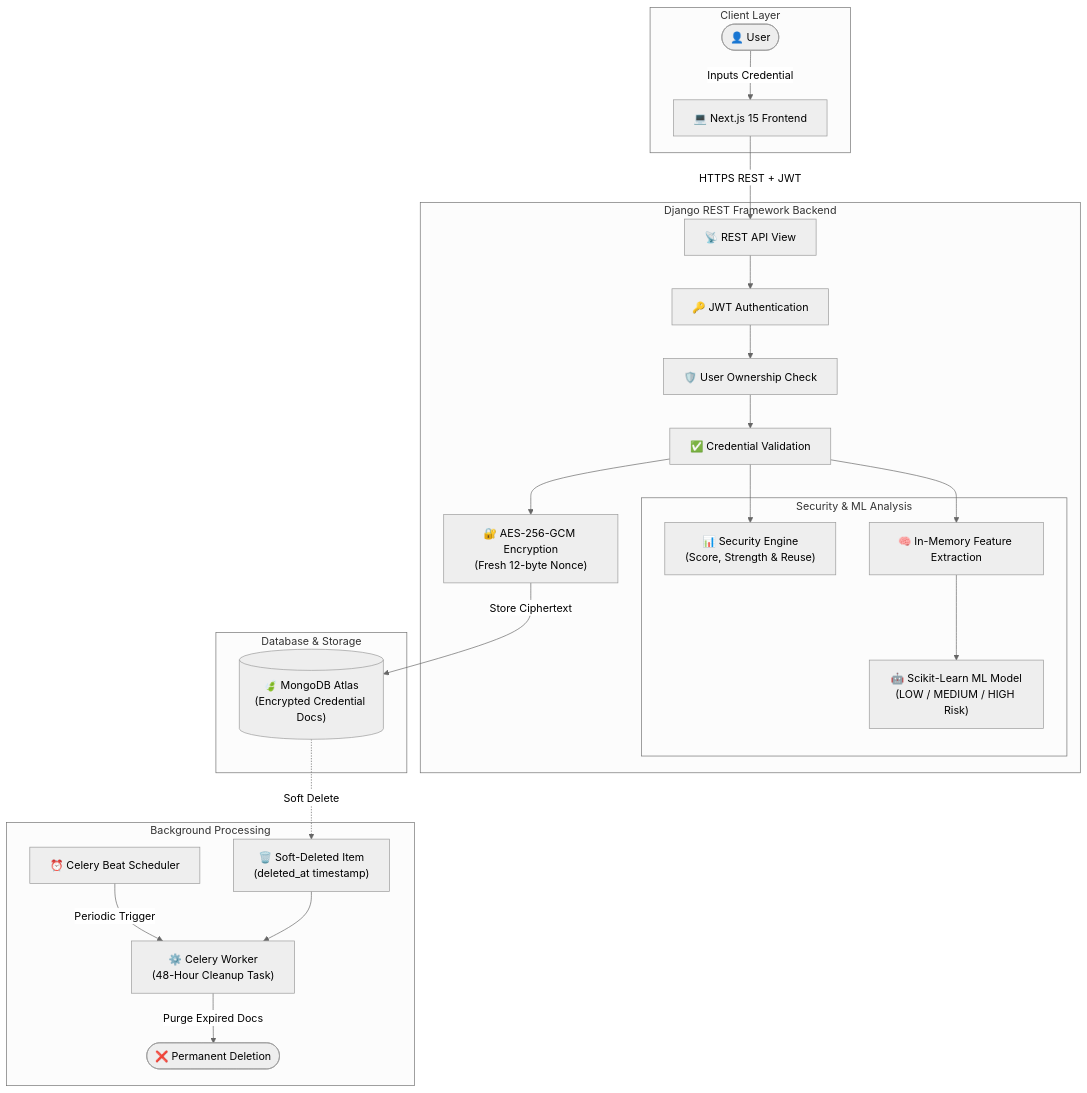
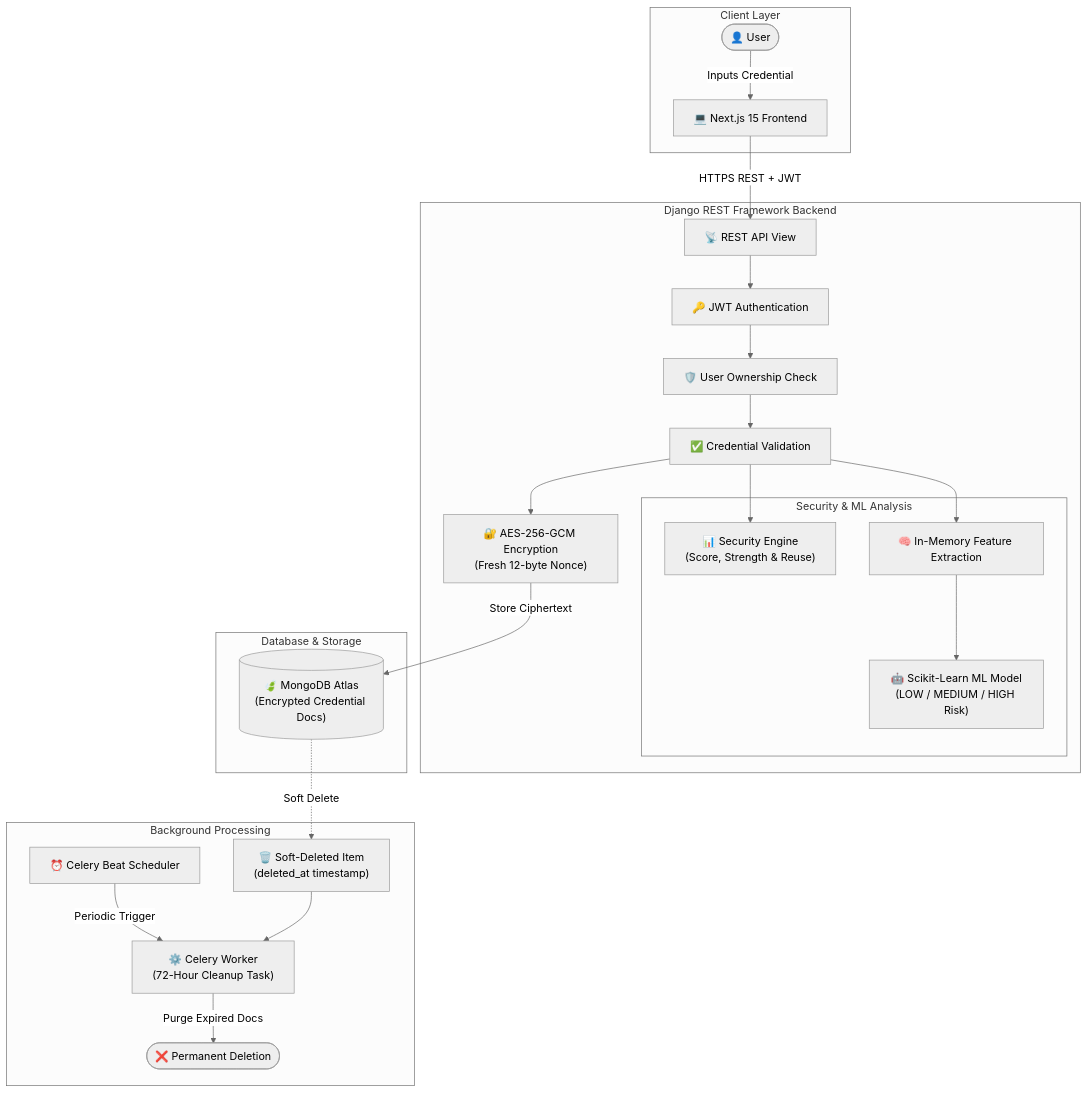
One commit to shubhamjrd4559-sudo/KeyVaultAI changed the diagram in README.md. Above: the diagram before and after it, drawn with Mermaid (neutral theme). The commit also changed other lines of this file, not shown here.

````diff
--- a/README.md
+++ b/README.md
@@ -67,49 +69,49 @@
 ```mermaid
 flowchart TD
     subgraph Client ["Client Layer"]
         User(["👤 User"])
         Next["💻 Next.js 15 Frontend"]
     end
 
     subgraph Backend ["Django REST Framework Backend"]
         API["📡 REST API View"]
         JWT["🔑 JWT Authentication"]
         Owner["🛡️ User Ownership Check"]
         Val["✅ Credential Validation"]
         
         subgraph Security ["Security & ML Analysis"]
             Sec["📊 Security Engine\n(Score, Strength & Reuse)"]
             MLFeat["🧠 In-Memory Feature Extraction"]
             MLModel["🤖 Scikit-Learn ML Model\n(LOW / MEDIUM / HIGH Risk)"]
         end
         
         Crypto["🔐 AES-256-GCM Encryption\n(Fresh 12-byte Nonce)"]
     end
 
     subgraph Storage ["Database & Storage"]
         Atlas[("🍃 MongoDB Atlas\n(Encrypted Credential Docs)")]
     end
 
     subgraph Background ["Background Processing"]
         SoftDel["🗑️ Soft-Deleted Item\n(deleted_at timestamp)"]
         Beat["⏰ Celery Beat Scheduler"]
-        Worker["⚙️ Celery Worker\n(48-Hour Cleanup Task)"]
+        Worker["⚙️ Celery Worker\n(72-Hour Cleanup Task)"]
         Purge(["❌ Permanent Deletion"])
     end
 
     User -->|Inputs Credential| Next
     Next -->|HTTPS REST + JWT| API
     API --> JWT
     JWT --> Owner
     Owner --> Val
     Val --> Sec
     Val --> MLFeat
     MLFeat --> MLModel
     Val --> Crypto
     Crypto -->|Store Ciphertext| Atlas
 
     Atlas -.->|Soft Delete| SoftDel
     Beat -->|Periodic Trigger| Worker
     SoftDel --> Worker
     Worker -->|Purge Expired Docs| Purge
 ```
````
